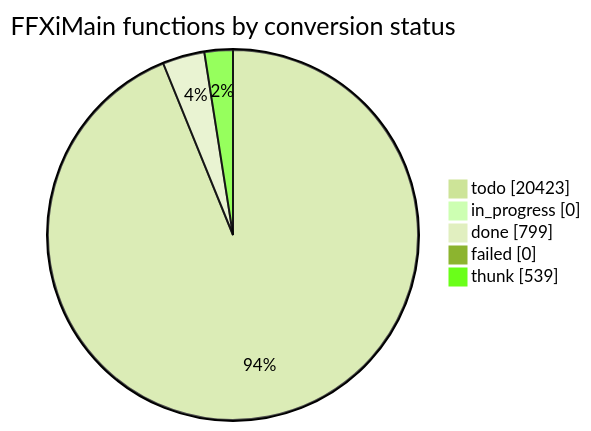
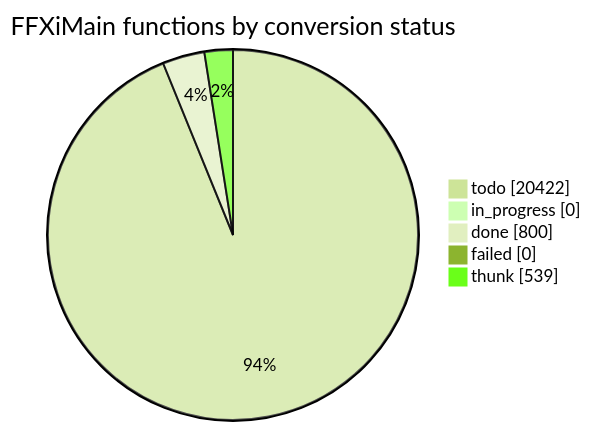
One commit to cowrevenge/cow_kuluu_xi_anything changed the diagram in docs/cow/STATUS.md. Above: the diagram before and after it, drawn with Mermaid (forest theme). The commit also changed other lines of this file and 9 other files, not shown here.

````diff
--- a/docs/cow/STATUS.md
+++ b/docs/cow/STATUS.md
@@ -18,9 +18,9 @@
 ```mermaid
 pie showData
     title FFXiMain functions by conversion status
-    "todo" : 20423
+    "todo" : 20422
     "in_progress" : 0
-    "done" : 799
+    "done" : 800
     "failed" : 0
     "thunk" : 539
 ```
````
